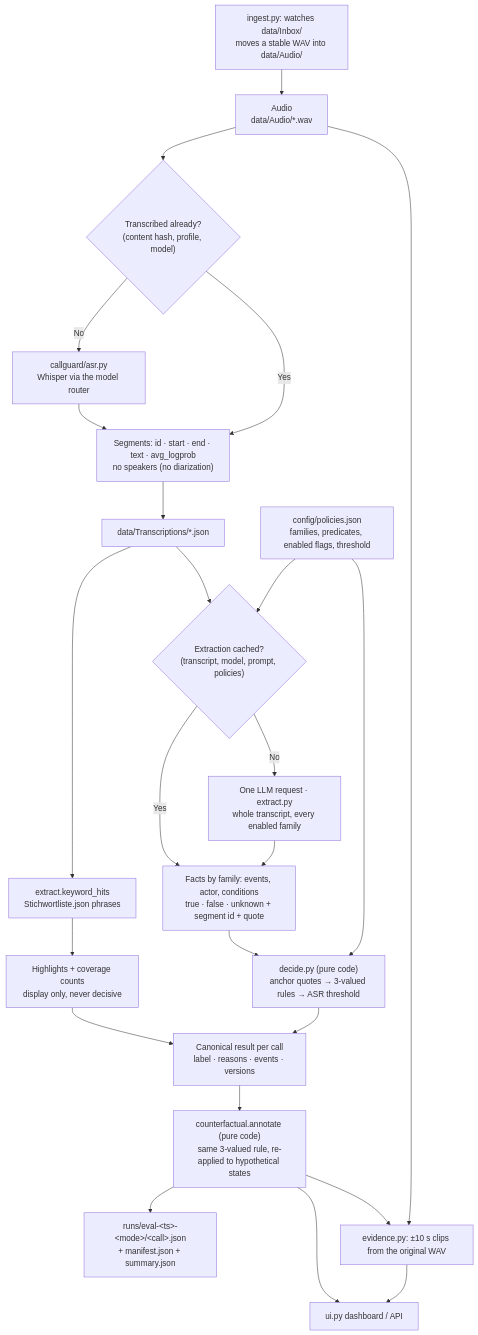
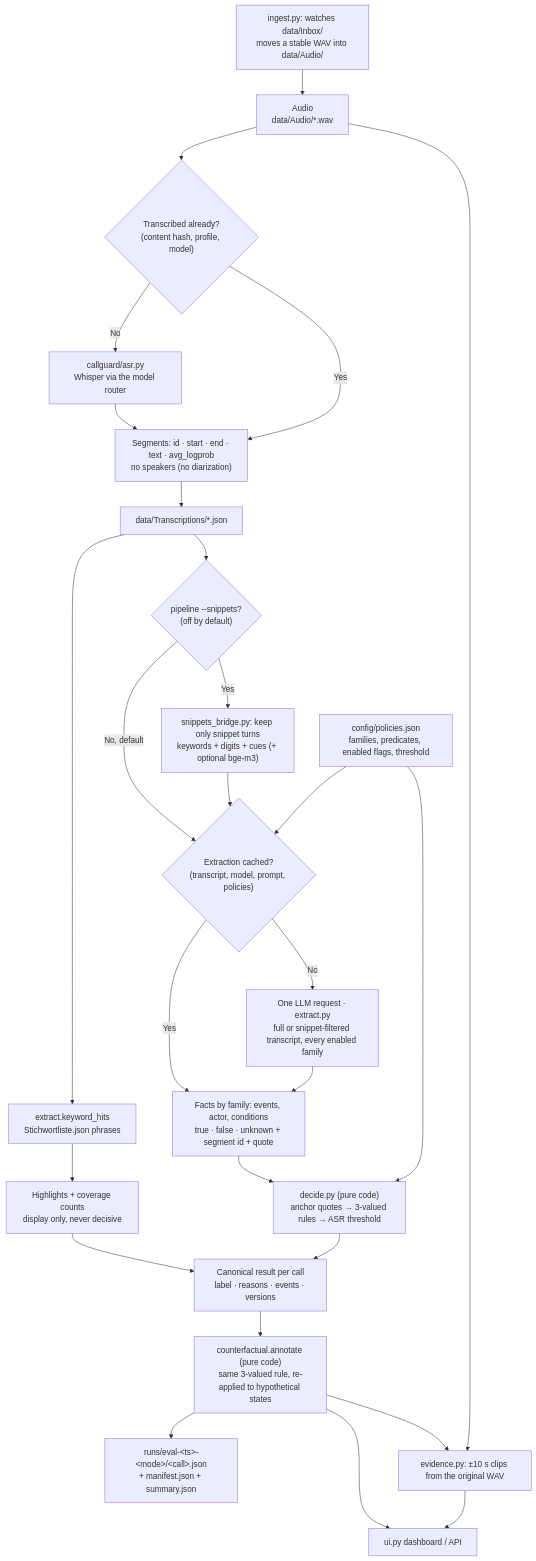
The first of 5 diagrams in PIPELINE_FLOW.md (ep520/Solvent), drawn with Mermaid before and after one commit. The commit also changed other lines of this file and 6 other files, not shown here.

````diff
--- a/PIPELINE_FLOW.md
+++ b/PIPELINE_FLOW.md
@@ -8,35 +8,38 @@
 ```mermaid
 flowchart TD
     INBOX["ingest.py: watches data/Inbox/<br/>moves a stable WAV into data/Audio/"]
     WAV["Audio<br/>data/Audio/*.wav"]
     ASR_CACHE{"Transcribed already?<br/>(content hash, profile, model)"}
     INBOX --> WAV
     ASR["callguard/asr.py<br/>Whisper via the model router"]
     TRANSCRIPT["Segments: id · start · end · text · avg_logprob<br/>no speakers (no diarization)"]
 
     WAV --> ASR_CACHE
     ASR_CACHE -- No --> ASR --> TRANSCRIPT
     ASR_CACHE -- Yes --> TRANSCRIPT
     TRANSCRIPT --> TRANSCRIPT_CACHE["data/Transcriptions/*.json"]
 
     TRANSCRIPT_CACHE --> KEYWORDS["extract.keyword_hits<br/>Stichwortliste.json phrases"]
     KEYWORDS --> HIGHLIGHTS["Highlights + coverage counts<br/>display only, never decisive"]
 
-    TRANSCRIPT_CACHE --> EXTRACT_CACHE{"Extraction cached?<br/>(transcript, model, prompt, policies)"}
+    TRANSCRIPT_CACHE --> SNIPPETS{"pipeline --snippets?<br/>(off by default)"}
+    SNIPPETS -- No, default --> EXTRACT_CACHE
+    SNIPPETS -- Yes --> FILTER["snippets_bridge.py: keep only snippet turns<br/>keywords + digits + cues (+ optional bge-m3)"]
+    FILTER --> EXTRACT_CACHE{"Extraction cached?<br/>(transcript, model, prompt, policies)"}
     POLICIES["config/policies.json<br/>families, predicates, enabled flags, threshold"] --> EXTRACT_CACHE
-    EXTRACT_CACHE -- No --> LLM["One LLM request · extract.py<br/>whole transcript, every enabled family"]
+    EXTRACT_CACHE -- No --> LLM["One LLM request · extract.py<br/>full or snippet-filtered transcript, every enabled family"]
     EXTRACT_CACHE -- Yes --> FACTS
     LLM --> FACTS["Facts by family: events, actor, conditions<br/>true · false · unknown + segment id + quote"]
 
     FACTS --> DECIDE["decide.py (pure code)<br/>anchor quotes → 3-valued rules → ASR threshold"]
     POLICIES --> DECIDE
     HIGHLIGHTS --> RESULT
     DECIDE --> RESULT["Canonical result per call<br/>label · reasons · events · versions"]
     RESULT --> XAI["counterfactual.annotate (pure code)<br/>same 3-valued rule, re-applied to hypothetical states"]
 
     XAI --> FILES["runs/eval-&lt;ts&gt;-&lt;mode&gt;/&lt;call&gt;.json<br/>+ manifest.json + summary.json"]
     XAI --> CLIPS["evidence.py: ±10 s clips from the original WAV"]
     WAV --> CLIPS
     XAI --> DASHBOARD["ui.py dashboard / API"]
     CLIPS --> DASHBOARD
 ```
````
